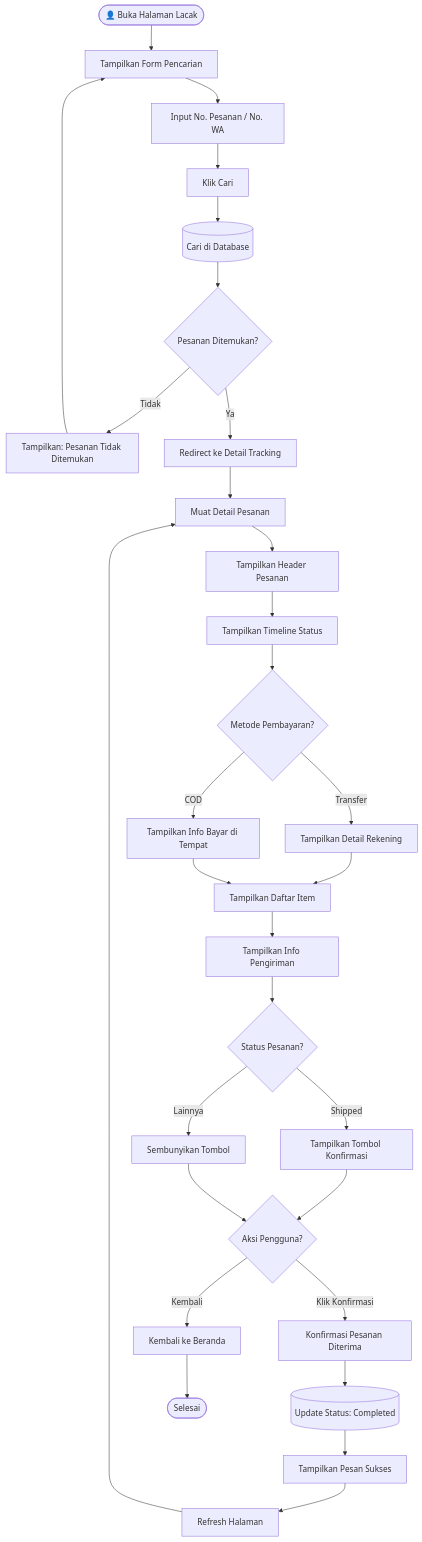
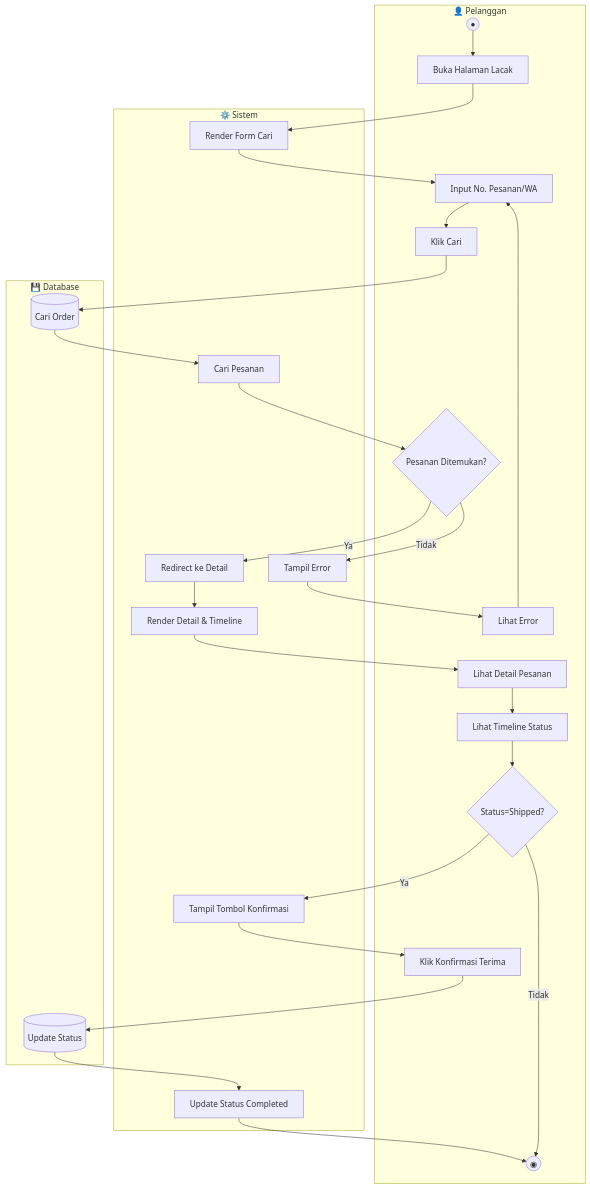
One commit to mustarisyahding07-spec/WEBSITE_SKRIPSI_MUSTARI changed the sixth of 17 diagrams in docs/ACTIVITY_DIAGRAMS.md. Above: the diagram before and after it, drawn with Mermaid. The commit also changed other lines of this file, not shown here.

Commit message:
docs: update activity diagrams with swimlane format

````diff
--- a/docs/ACTIVITY_DIAGRAMS.md
+++ b/docs/ACTIVITY_DIAGRAMS.md
@@ -258,40 +341,53 @@
 ```mermaid
 flowchart TD
-    Start([👤 Buka Halaman Lacak]) --> DisplaySearchForm[Tampilkan Form Pencarian]
-    DisplaySearchForm --> InputSearch[Input No. Pesanan / No. WA]
-    InputSearch --> ClickSearch[Klik Cari]
-    ClickSearch --> SearchDatabase[(Cari di Database)]
+    subgraph Pelanggan["👤 Pelanggan"]
+        P1((●))
+        P2[Buka Halaman Lacak]
+        P3[Input No. Pesanan/WA]
+        P4[Klik Cari]
+        P5{Pesanan Ditemukan?}
+        P6[Lihat Error]
+        P7[Lihat Detail Pesanan]
+        P8[Lihat Timeline Status]
+        P9{Status=Shipped?}
+        P10[Klik Konfirmasi Terima]
+        P11((◉))
+    end
     
-    SearchDatabase --> OrderFound{Pesanan Ditemukan?}
-    OrderFound -->|Tidak| ShowNotFound[Tampilkan: Pesanan Tidak Ditemukan]
-    ShowNotFound --> DisplaySearchForm
+    subgraph Sistem["⚙️ Sistem"]
+        S1[Render Form Cari]
+        S2[Cari Pesanan]
+        S3[Tampil Error]
+        S4[Redirect ke Detail]
+        S5[Render Detail & Timeline]
+        S6[Tampil Tombol Konfirmasi]
+        S7[Update Status Completed]
+    end
     
-    OrderFound -->|Ya| RedirectToDetail[Redirect ke Detail Tracking]
-    RedirectToDetail --> LoadOrderDetail[Muat Detail Pesanan]
-    LoadOrderDetail --> DisplayOrderHeader[Tampilkan Header Pesanan]
-    DisplayOrderHeader --> DisplayTimeline[Tampilkan Timeline Status]
-    DisplayTimeline --> DisplayPaymentInfo{Metode Pembayaran?}
+    subgraph Database["💾 Database"]
+        D1[(Cari Order)]
+        D2[(Update Status)]
+    end
     
-    DisplayPaymentInfo -->|Transfer| ShowBankDetails[Tampilkan Detail Rekening]
-    DisplayPaymentInfo -->|COD| ShowCODDetails[Tampilkan Info Bayar di Tempat]
-    
-    ShowBankDetails --> DisplayOrderItems
-    ShowCODDetails --> DisplayOrderItems[Tampilkan Daftar Item]
-    DisplayOrderItems --> DisplayShippingInfo[Tampilkan Info Pengiriman]
-    DisplayShippingInfo --> CheckStatus{Status Pesanan?}
-    
-    CheckStatus -->|Shipped| ShowConfirmButton[Tampilkan Tombol Konfirmasi]
-    CheckStatus -->|Lainnya| HideConfirmButton[Sembunyikan Tombol]
-    
-    ShowConfirmButton --> UserAction{Aksi Pengguna?}
-    HideConfirmButton --> UserAction
-    
-    UserAction -->|Klik Konfirmasi| ConfirmReceive[Konfirmasi Pesanan Diterima]
-    ConfirmReceive --> UpdateStatus[(Update Status: Completed)]
-    UpdateStatus --> ShowSuccess[Tampilkan Pesan Sukses]
-    ShowSuccess --> RefreshPage[Refresh Halaman]
-    RefreshPage --> LoadOrderDetail
-    
-    UserAction -->|Kembali| GoHome[Kembali ke Beranda]
-    GoHome --> End([Selesai])
+    P1 --> P2
+    P2 --> S1
+    S1 --> P3
+    P3 --> P4
+    P4 --> D1
+    D1 --> S2
+    S2 --> P5
+    P5 -->|Tidak| S3
+    S3 --> P6
+    P6 --> P3
+    P5 -->|Ya| S4
+    S4 --> S5
+    S5 --> P7
+    P7 --> P8
+    P8 --> P9
+    P9 -->|Ya| S6
+    S6 --> P10
+    P10 --> D2
+    D2 --> S7
+    S7 --> P11
+    P9 -->|Tidak| P11
 ```
````
